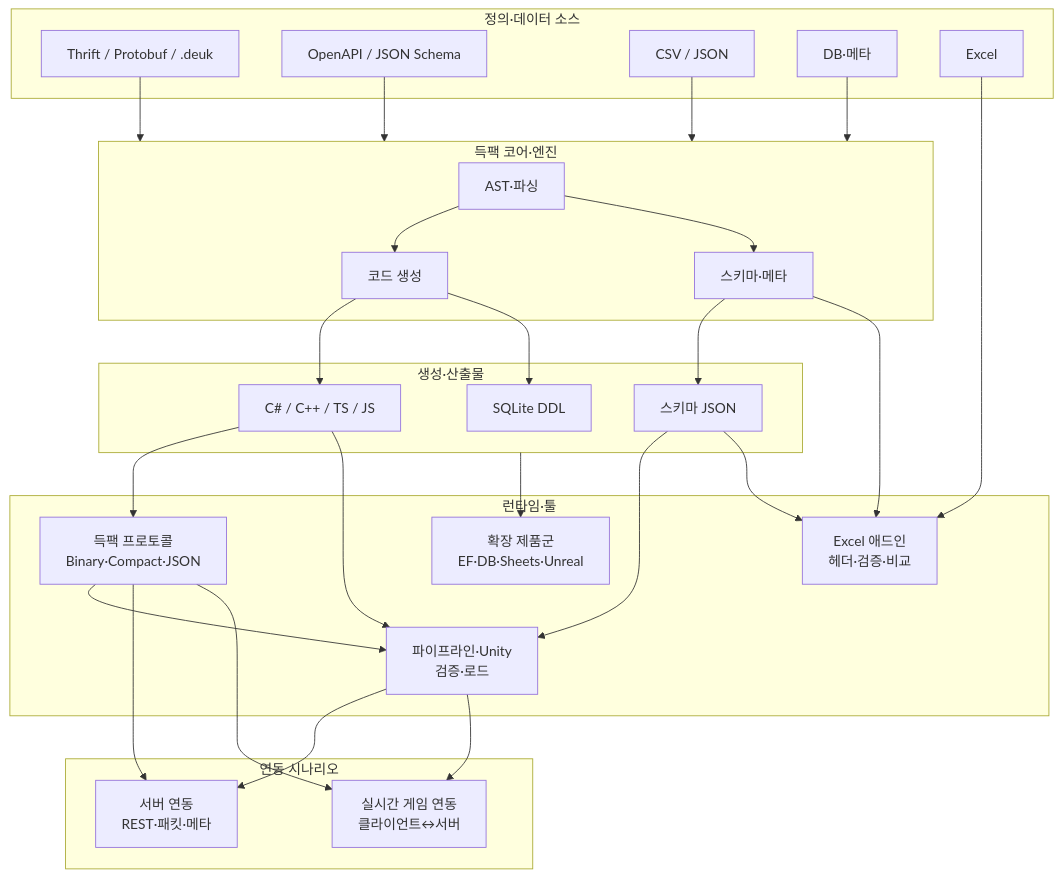
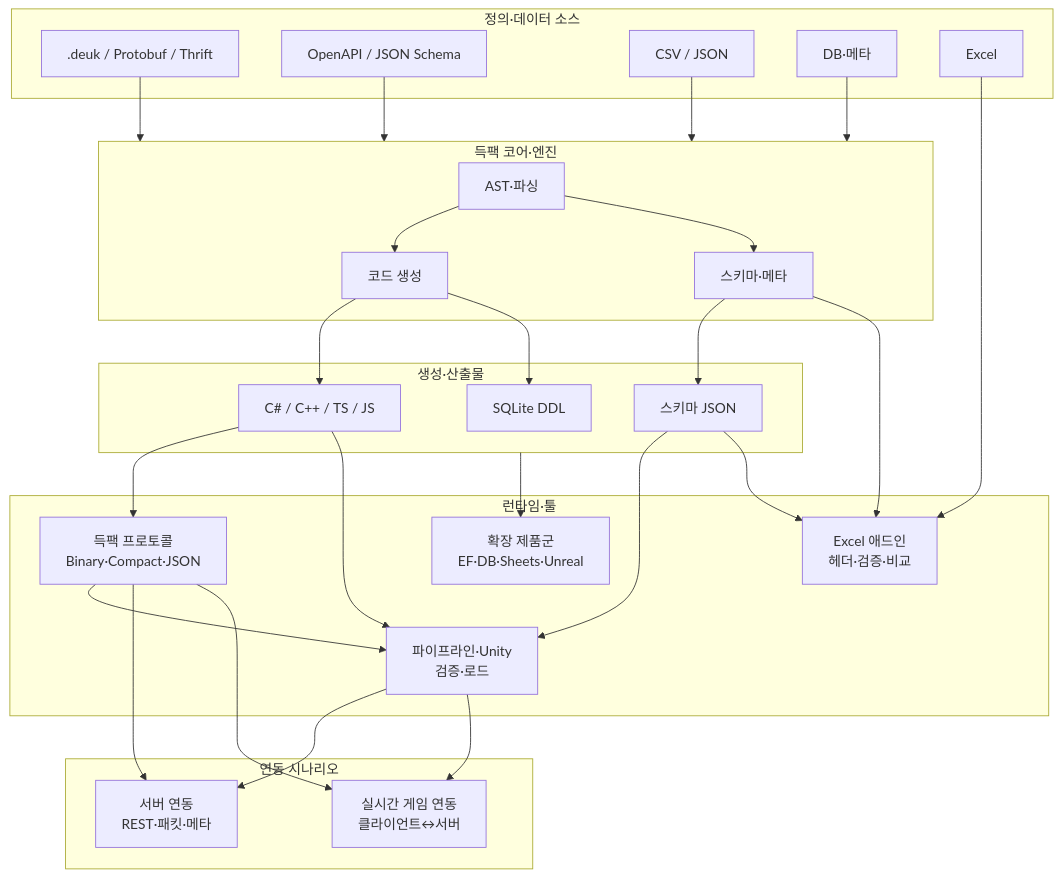
The first of 2 diagrams in docs/architecture.md (joygram/deukpack.app), drawn with Mermaid before and after one commit. The commit also changed other lines of this file and 12 other files, not shown here.

````diff
--- a/docs/architecture.md
+++ b/docs/architecture.md
@@ -9,56 +9,56 @@
 ``` mermaid
 flowchart TB
   subgraph 입력["정의·데이터 소스"]
-    IDL["Thrift / Protobuf / .deuk"]
+    IDL[".deuk / Protobuf / Thrift"]
     OAS["OpenAPI / JSON Schema"]
     CSV["CSV / JSON"]
     DB["DB·메타"]
     XL["Excel"]
   end
 
   subgraph 코어["득팩 코어·엔진"]
     AST["AST·파싱"]
     GEN["코드 생성"]
     SCH["스키마·메타"]
     AST --> GEN
     AST --> SCH
   end
 
   subgraph 산출["생성·산출물"]
     CODE["C# / C++ / TS / JS"]
     SQL["SQLite DDL"]
     JSON["스키마 JSON"]
     GEN --> CODE
     GEN --> SQL
     SCH --> JSON
   end
 
   subgraph 런타임["런타임·툴"]
     PROTO["득팩 프로토콜<br/>Binary·Compact·JSON"]
     EXCEL["Excel 애드인<br/>헤더·검증·비교"]
     PIPE["파이프라인·Unity<br/>검증·로드"]
     EXT["확장 제품군<br/>EF·DB·Sheets·Unreal"]
   end
 
   subgraph 연동["연동 시나리오"]
     SVR["서버 연동<br/>REST·패킷·메타"]
     RT["실시간 게임 연동<br/>클라이언트↔서버"]
   end
 
   IDL --> 코어
   OAS --> 코어
   CSV --> 코어
   DB --> 코어
   XL --> EXCEL
   SCH --> EXCEL
   CODE --> PROTO
   CODE --> PIPE
   JSON --> PIPE
   JSON --> EXCEL
   산출 --> EXT
   PROTO --> PIPE
   PROTO --> SVR
   PROTO --> RT
   PIPE --> SVR
   PIPE --> RT
 ```
````
